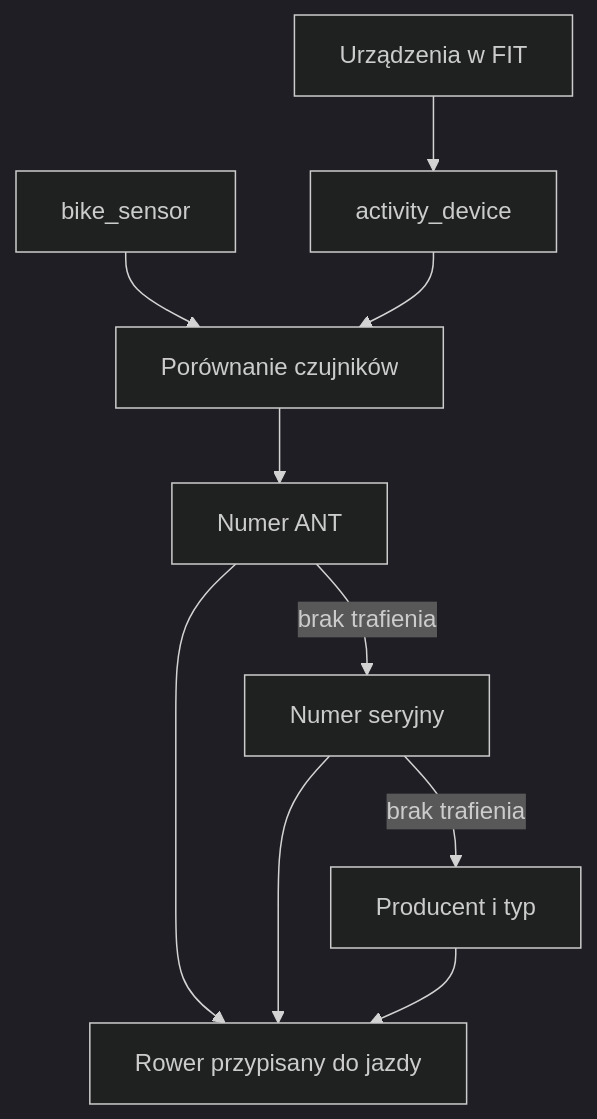
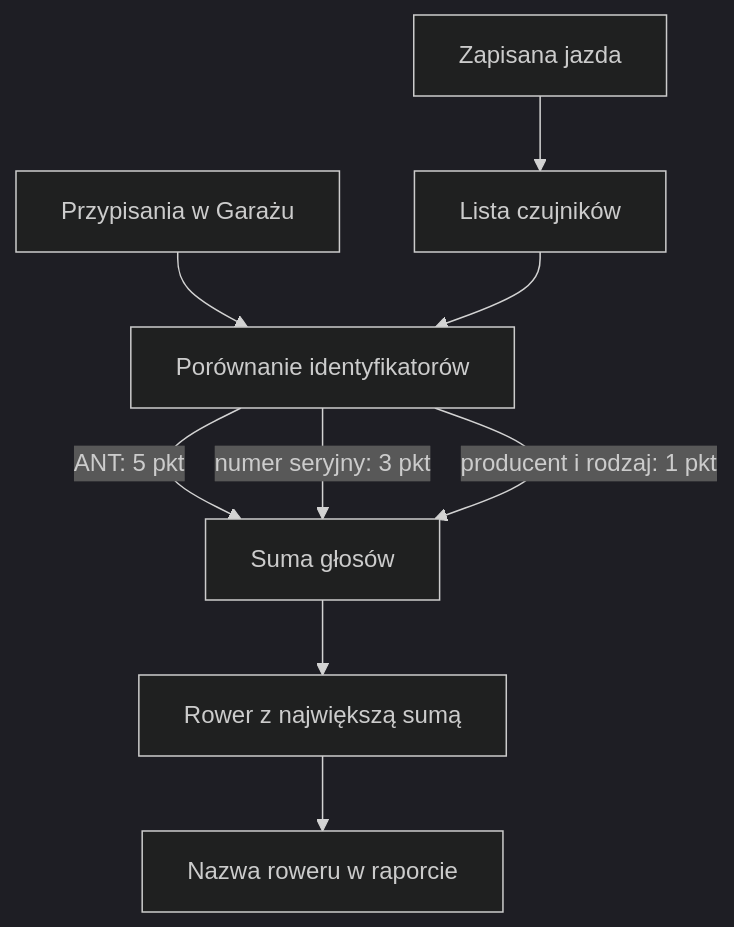
One commit to QbotMS/QbotQ changed the diagram in docs/wiki/garaz/rozpoznawanie-roweru.md. Above: the diagram before and after it, drawn with Mermaid (dark theme). The commit also changed other lines of this file and 153 other files, not shown here.

````diff
--- a/docs/wiki/garaz/rozpoznawanie-roweru.md
+++ b/docs/wiki/garaz/rozpoznawanie-roweru.md
@@ -30,12 +41,11 @@
 ```mermaid
 flowchart TD
-  FIT[Urządzenia w FIT] --> Zapis[activity_device]
-  Mapa[bike_sensor] --> Porownanie[Porównanie czujników]
-  Zapis --> Porownanie
-  Porownanie --> ANT[Numer ANT]
-  ANT -->|brak trafienia| Serial[Numer seryjny]
-  Serial -->|brak trafienia| Typ[Producent i typ]
-  ANT --> Wynik[Rower przypisany do jazdy]
-  Serial --> Wynik
-  Typ --> Wynik
+  Jazda[Zapisana jazda] --> Czujniki[Lista czujników]
+  Mapa[Przypisania w Garażu] --> Porownanie[Porównanie identyfikatorów]
+  Czujniki --> Porownanie
+  Porownanie -->|ANT: 5 pkt| Punkty[Suma głosów]
+  Porownanie -->|numer seryjny: 3 pkt| Punkty
+  Porownanie -->|producent i rodzaj: 1 pkt| Punkty
+  Punkty --> Wynik[Rower z największą sumą]
+  Wynik --> Raport[Nazwa roweru w raporcie]
 ```
````
